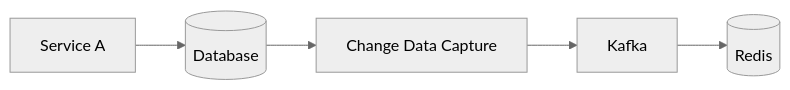
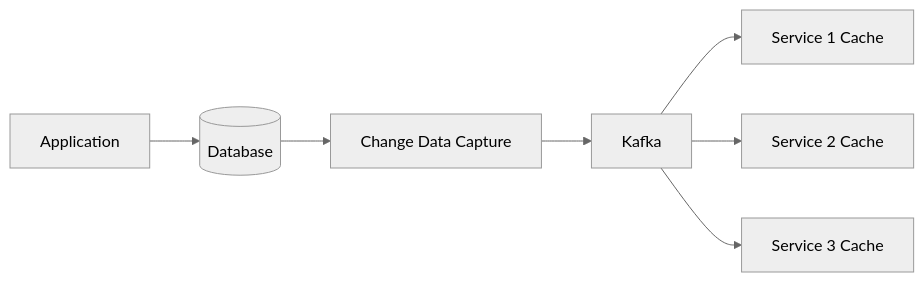
One commit to spawn08/system-design-interview changed the seventh of 8 diagrams in basics/caching.md. Above: the diagram before and after it, drawn with Mermaid (neutral theme). The commit also changed other lines of this file and 4 other files, not shown here.

````diff
--- a/basics/caching.md
+++ b/basics/caching.md
@@ -356,7 +875,9 @@
 ```mermaid
 flowchart LR
-    Service1[Service A] --> DB[(Database)]
+    App[Application] --> DB[(Database)]
     DB --> CDC[Change Data Capture]
     CDC --> Kafka[Kafka]
-    Kafka --> Cache[(Redis)]
+    Kafka --> Service1[Service 1 Cache]
+    Kafka --> Service2[Service 2 Cache]
+    Kafka --> Service3[Service 3 Cache]
 ```
````
